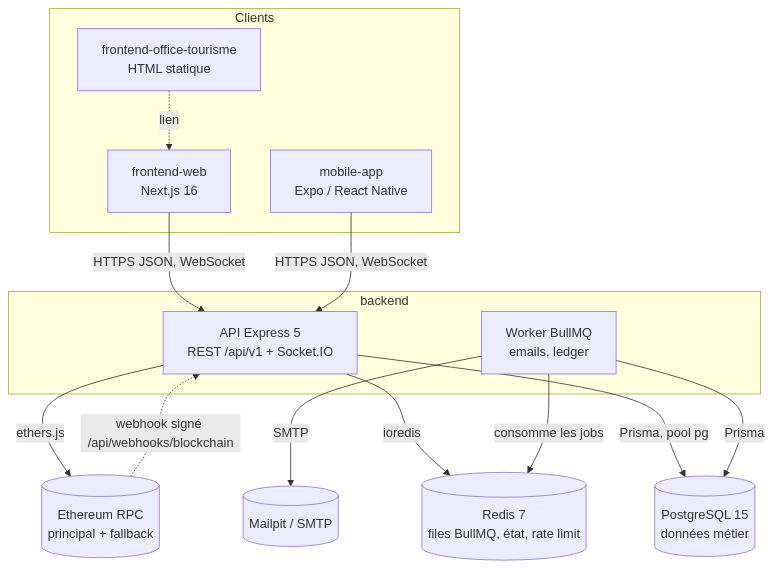
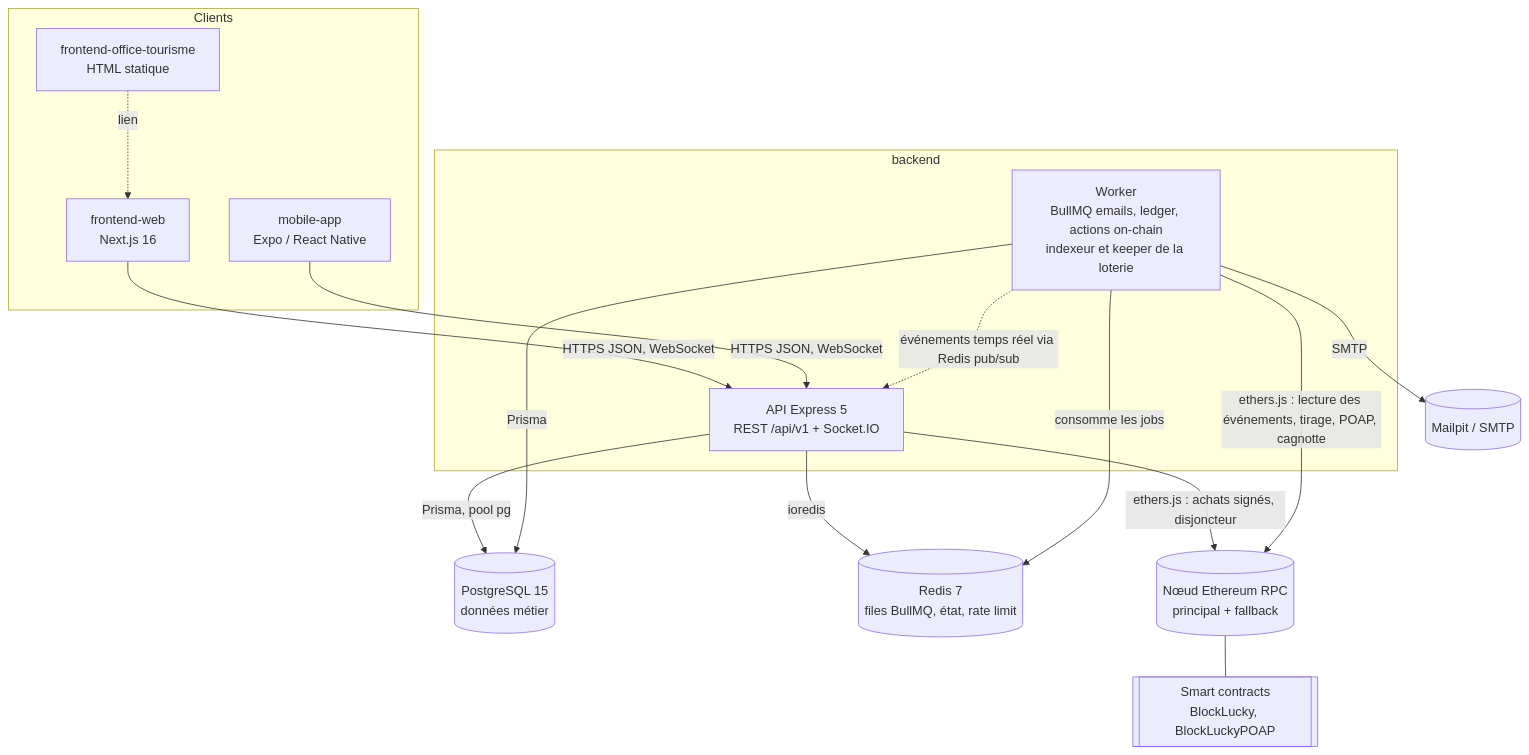
One commit to MarceauTDML/BlockLucky changed the second of 2 diagrams in docs/architecture.md. Above: the diagram before and after it, drawn with Mermaid. The commit also changed other lines of this file and 3 other files, not shown here.

First line of the commit message:
ADR 0004 et architecture : smart contract, Chainlink VRF et portefeuille intégré

````diff
--- a/docs/architecture.md
+++ b/docs/architecture.md
@@ -33,29 +35,32 @@
 ```mermaid
 flowchart TB
   subgraph clients[Clients]
     web[frontend-web<br/>Next.js 16]
     mobile[mobile-app<br/>Expo / React Native]
     office[frontend-office-tourisme<br/>HTML statique]
   end
 
   subgraph backend[backend]
     api[API Express 5<br/>REST /api/v1 + Socket.IO]
-    worker[Worker BullMQ<br/>emails, ledger]
+    worker[Worker<br/>BullMQ emails, ledger, actions on-chain<br/>indexeur et keeper de la loterie]
   end
 
   pg[(PostgreSQL 15<br/>données métier)]
   redis[(Redis 7<br/>files BullMQ, état, rate limit)]
   mail[(Mailpit / SMTP)]
-  chain[(Ethereum RPC<br/>principal + fallback)]
+  chain[(Nœud Ethereum RPC<br/>principal + fallback)]
+  contracts[[Smart contracts<br/>BlockLucky, BlockLuckyPOAP]]
 
   web -->|HTTPS JSON, WebSocket| api
   mobile -->|HTTPS JSON, WebSocket| api
   office -.->|lien| web
   api -->|Prisma, pool pg| pg
   api -->|ioredis| redis
   worker -->|consomme les jobs| redis
   worker -->|Prisma| pg
   worker -->|SMTP| mail
-  api -->|ethers.js| chain
-  chain -.->|webhook signé /api/webhooks/blockchain| api
+  api -->|ethers.js : achats signés, disjoncteur| chain
+  worker -->|ethers.js : lecture des événements, tirage, POAP, cagnotte| chain
+  chain --- contracts
+  worker -.->|événements temps réel via Redis pub/sub| api
 ```
````
